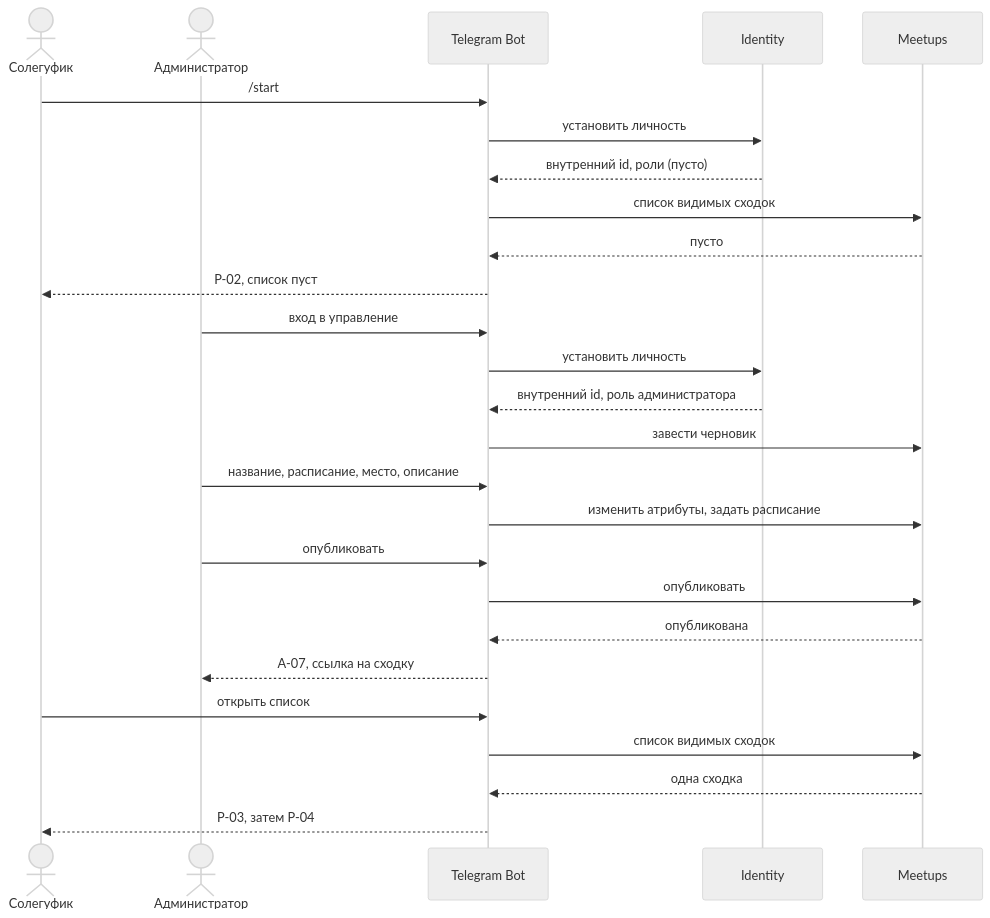
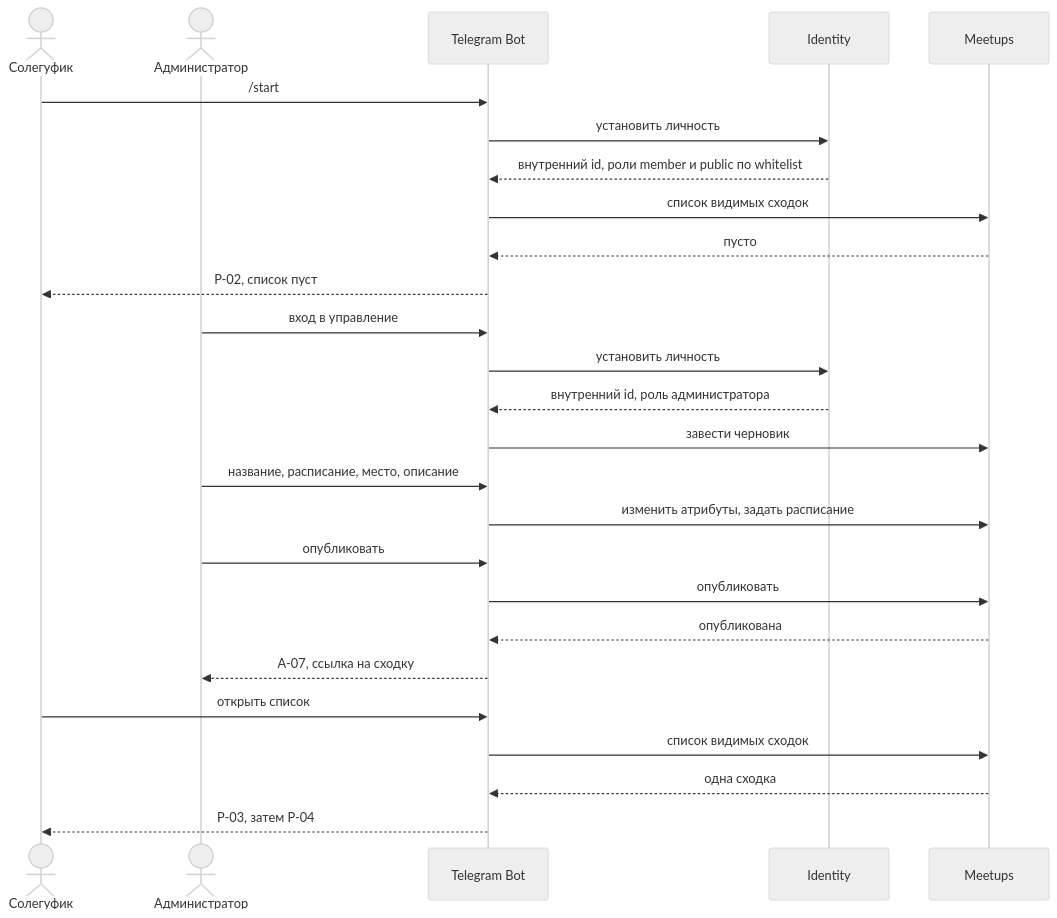
One commit to Solguficky/solguficky-hub changed the diagram in docs/architecture/first-slice.md. Above: the diagram before and after it, drawn with Mermaid (neutral theme). The commit also changed other lines of this file, not shown here.

````diff
--- a/docs/architecture/first-slice.md
+++ b/docs/architecture/first-slice.md
@@ -26,31 +26,31 @@
 ```mermaid
 sequenceDiagram
     actor S as Солегуфик
     actor A as Администратор
     participant B as Telegram Bot
     participant I as Identity
     participant M as Meetups
 
     S->>B: /start
     B->>I: установить личность
-    I-->>B: внутренний id, роли (пусто)
+    I-->>B: внутренний id, роли member и public по whitelist
     B->>M: список видимых сходок
     M-->>B: пусто
     B-->>S: P-02, список пуст
 
     A->>B: вход в управление
     B->>I: установить личность
     I-->>B: внутренний id, роль администратора
     B->>M: завести черновик
     A->>B: название, расписание, место, описание
     B->>M: изменить атрибуты, задать расписание
     A->>B: опубликовать
     B->>M: опубликовать
     M-->>B: опубликована
     B-->>A: A-07, ссылка на сходку
 
     S->>B: открыть список
     B->>M: список видимых сходок
     M-->>B: одна сходка
     B-->>S: P-03, затем P-04
 ```
````
